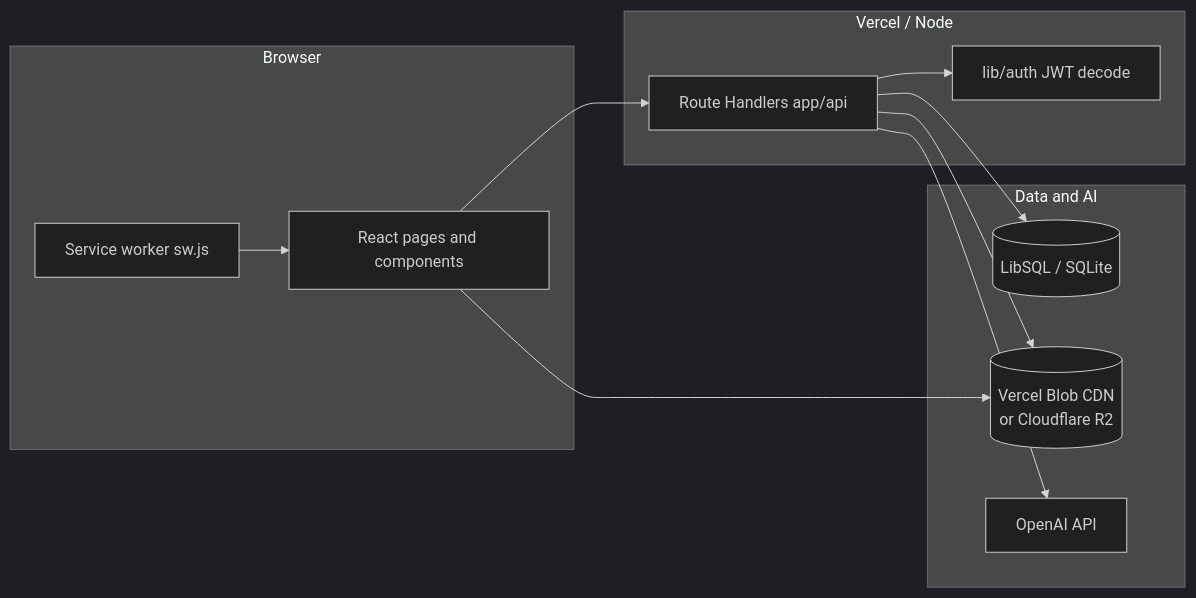
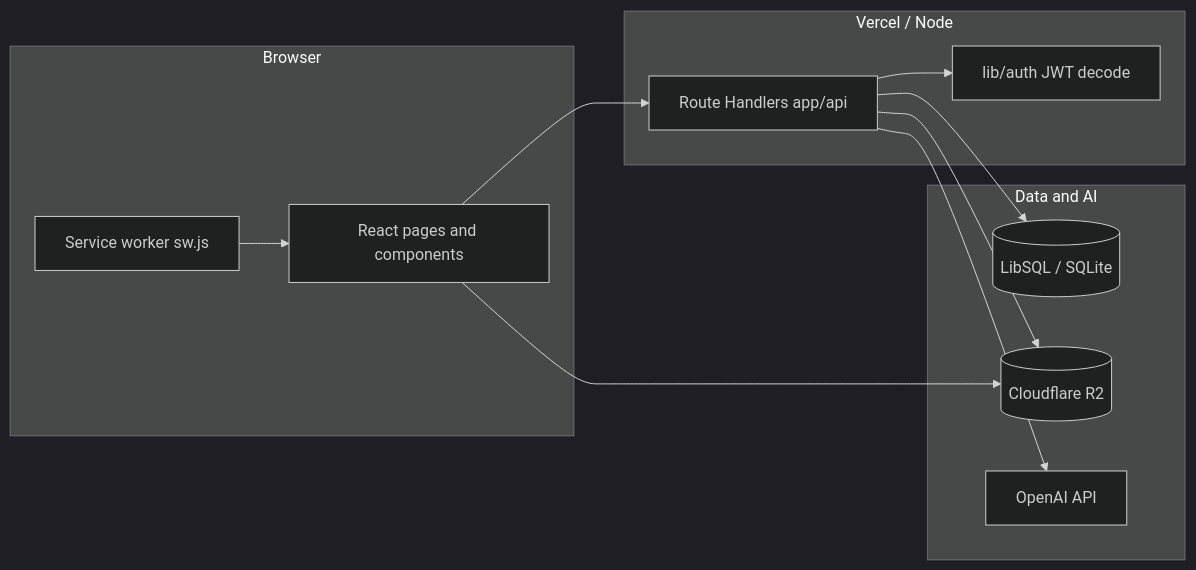
Before and after one commit to DragxnScale/idk: the first of 2 diagrams in docs/ARCHITECTURE.md, drawn with Mermaid (dark theme). The commit also changed other lines of this file and 41 other files, not shown here.

````diff
--- a/docs/ARCHITECTURE.md
+++ b/docs/ARCHITECTURE.md
@@ -11,23 +11,23 @@
 ```mermaid
 flowchart LR
   subgraph client [Browser]
     UI[React pages and components]
     SW[Service worker sw.js]
   end
   subgraph vercel [Vercel / Node]
     API[Route Handlers app/api]
     Auth[lib/auth JWT decode]
   end
   subgraph data [Data and AI]
     DB[(LibSQL / SQLite)]
-    Blob[(Vercel Blob CDN<br/>or Cloudflare R2)]
+    Blob[(Cloudflare R2)]
     OAI[OpenAI API]
   end
   UI --> API
   UI --> Blob
   API --> Auth
   API --> DB
   API --> Blob
   API --> OAI
   SW --> UI
 ```
````
